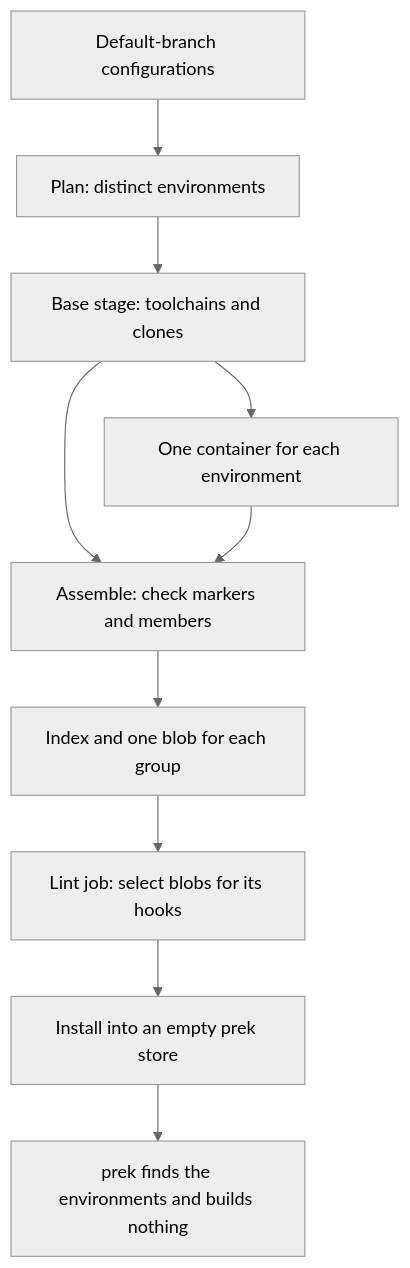
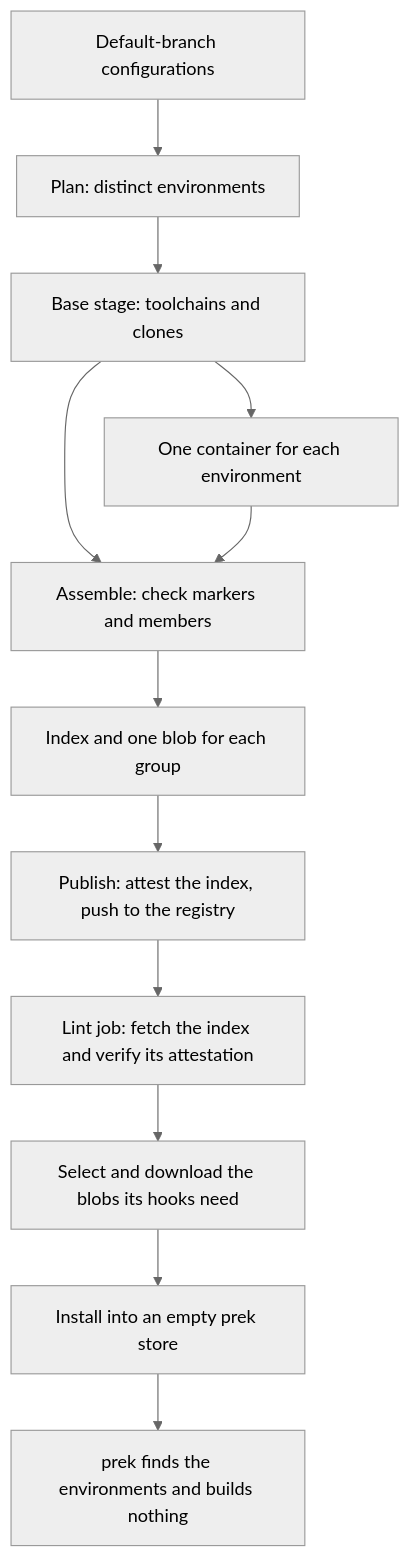
The diagram in docs/DESIGN.md (modeseven-lfreleng-actions/prek-hook-bundles), drawn with Mermaid (neutral theme) before and after one commit. The commit also changed other lines of this file and 12 other files, not shown here.

First line of the commit message:
Feat: Publish, sign and fetch hook bundles

````diff
--- a/docs/DESIGN.md
+++ b/docs/DESIGN.md
@@ -73,11 +73,13 @@
 ```mermaid
 flowchart TD
     A[Default-branch configurations] --> B[Plan: distinct environments]
     B --> C[Base stage: toolchains and clones]
     C --> D[One container for each environment]
     C --> X[Assemble: check markers and members]
     D --> X --> F[Index and one blob for each group]
-    F --> G[Lint job: select blobs for its hooks]
-    G --> H[Install into an empty prek store]
+    F --> P[Publish: attest the index, push to the registry]
+    P --> G[Lint job: fetch the index and verify its attestation]
+    G --> S[Select and download the blobs its hooks need]
+    S --> H[Install into an empty prek store]
     H --> I[prek finds the environments and builds nothing]
 ```
````
